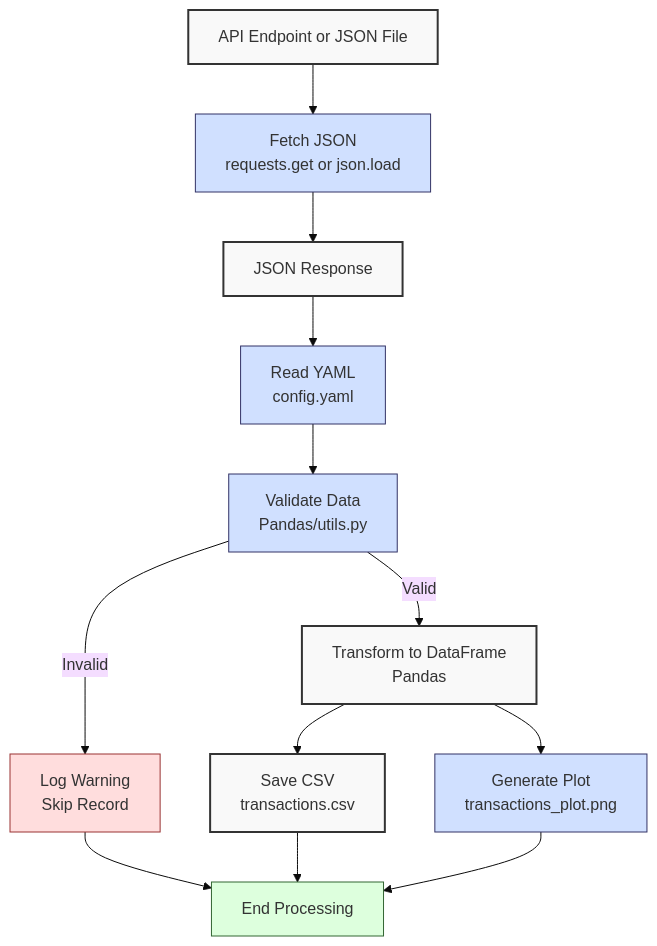
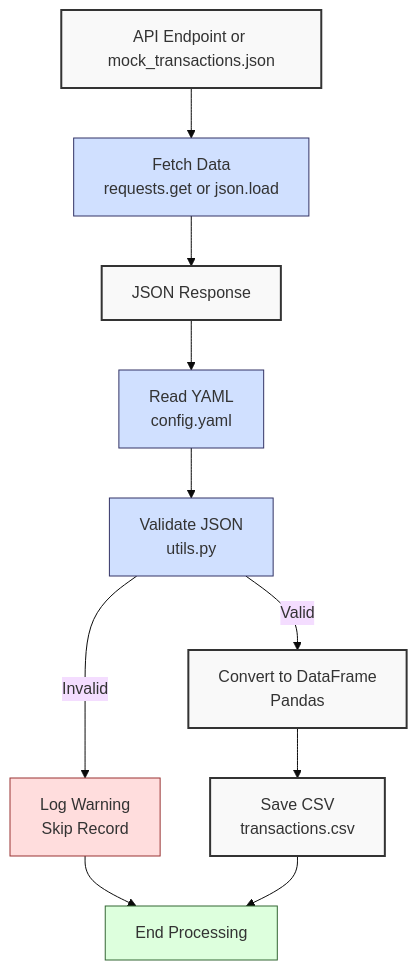
The third of 3 diagrams in apps-standalone/ayokoding-web/content/en/learn/software-engineering/onboardings/hijra-data-engineering/ch04-web-integration-and-apis/_index.md (wahidyankf/oss), drawn with Mermaid (base theme) before and after one commit. The commit also changed other lines of this file and 2 other files, not shown here.

````diff
--- a/apps-standalone/ayokoding-web/content/en/learn/software-engineering/onboardings/hijra-data-engineering/ch04-web-integration-and-apis/_index.md
+++ b/apps-standalone/ayokoding-web/content/en/learn/software-engineering/onboardings/hijra-data-engineering/ch04-web-integration-and-apis/_index.md
@@ -361,24 +468,22 @@
 ```mermaid
 flowchart TD
-    A["API Endpoint or JSON File"] --> B["Fetch JSON<br>requests.get or json.load"]
+    A["API Endpoint or mock_transactions.json"] --> B["Fetch Data<br>requests.get or json.load"]
     B --> C["JSON Response"]
     C --> D["Read YAML<br>config.yaml"]
-    D --> E["Validate Data<br>Pandas/utils.py"]
+    D --> E["Validate JSON<br>utils.py"]
     E -->|Invalid| F["Log Warning<br>Skip Record"]
-    E -->|Valid| G["Transform to DataFrame<br>Pandas"]
+    E -->|Valid| G["Convert to DataFrame<br>Pandas"]
     G --> H["Save CSV<br>transactions.csv"]
-    G --> I["Generate Plot<br>transactions_plot.png"]
-    F --> J["End Processing"]
-    H --> J
-    I --> J
+    F --> I["End Processing"]
+    H --> I
 
     classDef data fill:#f9f9f9,stroke:#333,stroke-width:2px
     classDef process fill:#d0e0ff,stroke:#336,stroke-width:1px
     classDef error fill:#ffdddd,stroke:#933,stroke-width:1px
     classDef endpoint fill:#ddffdd,stroke:#363,stroke-width:1px
 
     class A,C,G,H data
-    class B,D,E,I process
+    class B,D,E process
     class F error
-    class J endpoint
+    class I endpoint
 ```
````
